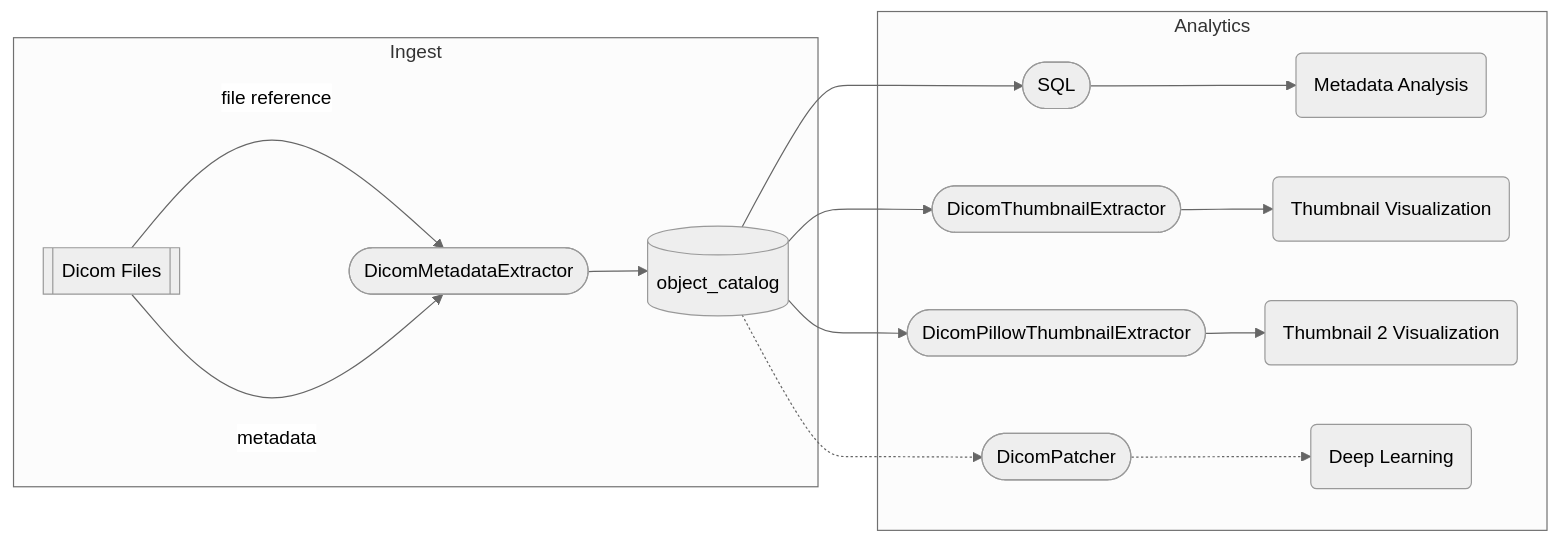
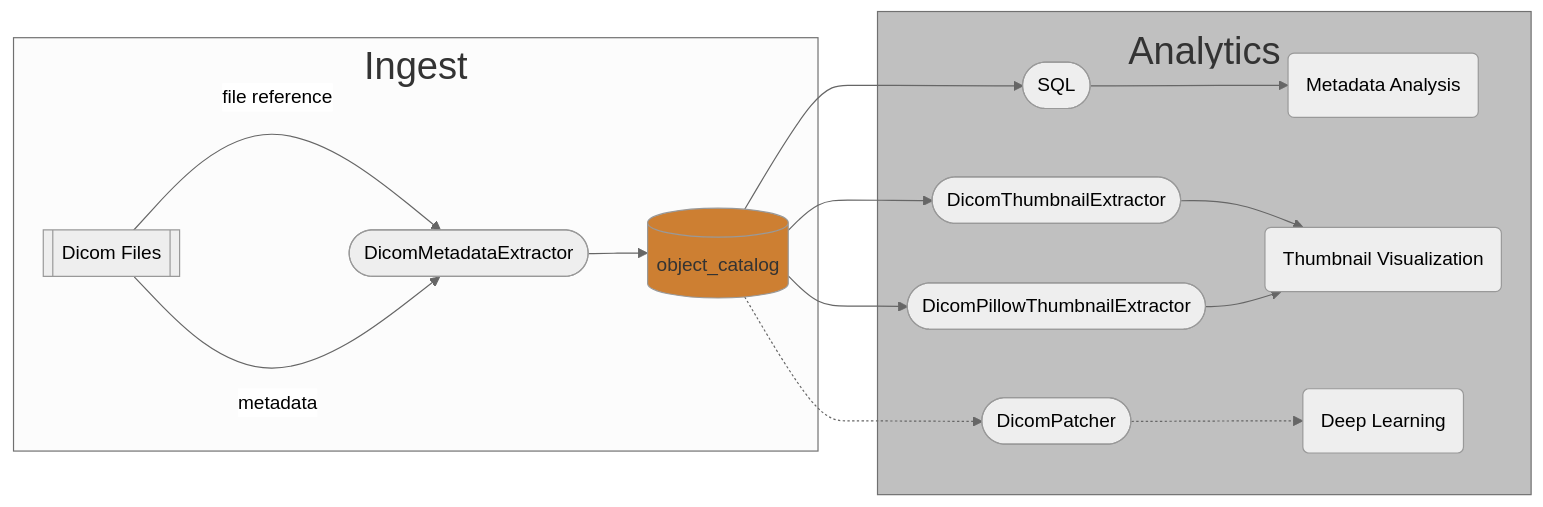
Before and after one commit to databricks-industry-solutions/pixels: the first of 3 diagrams in README.md, drawn with Mermaid (neutral theme). The commit also changed other lines of this file, not shown here.

````diff
--- a/README.md
+++ b/README.md
@@ -43,16 +42,18 @@
 ```mermaid
 flowchart LR
 
-subgraph Ingest
+subgraph bronze[<font size=6>Ingest]
   A[[Dicom Files]] -->|file reference|B([DicomMetadataExtractor])
   A -->|metadata|B
   B --> C[(object_catalog)]
 end
-subgraph Analytics
+subgraph silver[<font size=6>Analytics]
   C --> D1([SQL]) --> D(Metadata Analysis)
   C --> G1([DicomThumbnailExtractor]) --> G(Thumbnail Visualization)
-  C --> G2([DicomPillowThumbnailExtractor]) --> G3(Thumbnail 2 Visualization)
+  C --> G2([DicomPillowThumbnailExtractor]) --> G
   C -.-> E([DicomPatcher])
   E -.-> F(Deep Learning)
 end
+style C fill:#CD7F32, stroke:333, color:#333
+style silver fill:#C0C0C0, stroke:333, color #333, font-size: 40px;
 ```
````
